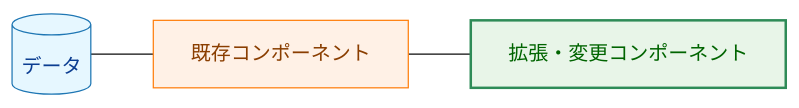
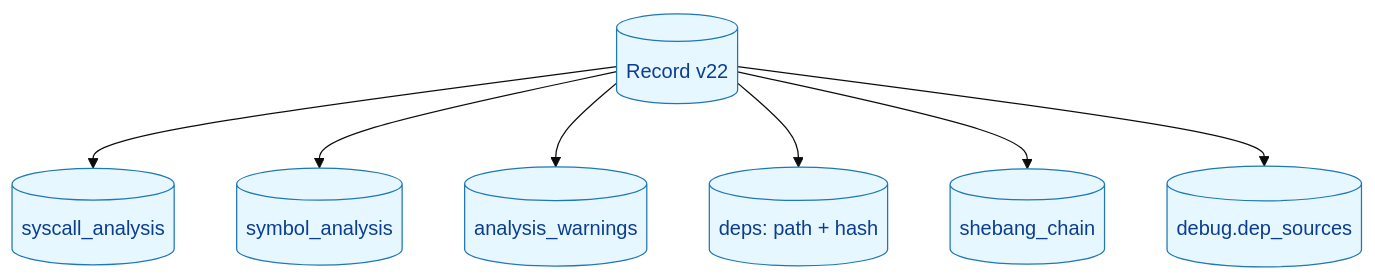
The second of 5 diagrams in docs/tasks/0129_self_contained_record/02_architecture.md (isseis/go-safe-cmd-runner), drawn with Mermaid (base theme) before and after one commit. The commit also changed other lines of this file and 3 other files, not shown here.

First line of the commit message:
Rewrite self-contained record docs for schema v22

````diff
--- a/docs/tasks/0129_self_contained_record/02_architecture.md
+++ b/docs/tasks/0129_self_contained_record/02_architecture.md
@@ -57,11 +63,22 @@
 ```mermaid
-flowchart LR
+flowchart TB
     classDef data fill:#e6f7ff,stroke:#1f77b4,stroke-width:1px,color:#0b3d91;
-    classDef process fill:#fff1e6,stroke:#ff7f0e,stroke-width:1px,color:#8a3e00;
-    classDef enhanced fill:#e8f5e8,stroke:#2e8b57,stroke-width:2px,color:#006400;
+    classDef proc fill:#fff1e6,stroke:#ff7f0e,stroke-width:1px,color:#8a3e00;
 
-    D1[("データ")] --- P1["既存コンポーネント"] --- E1["拡張・変更コンポーネント"]
-    class D1 data
-    class P1 process
-    class E1 enhanced
+    REC[(Record v22)]
+    SA[(syscall_analysis)]
+    SBA[(symbol_analysis)]
+    AW[(analysis_warnings)]
+    DEPS[(deps: path + hash)]
+    SH[(shebang_chain)]
+    DBG[(debug.dep_sources)]
+
+    REC --> SA
+    REC --> SBA
+    REC --> AW
+    REC --> DEPS
+    REC --> SH
+    REC --> DBG
+
+    class REC,SA,SBA,AW,DEPS,SH,DBG data;
 ```
````
